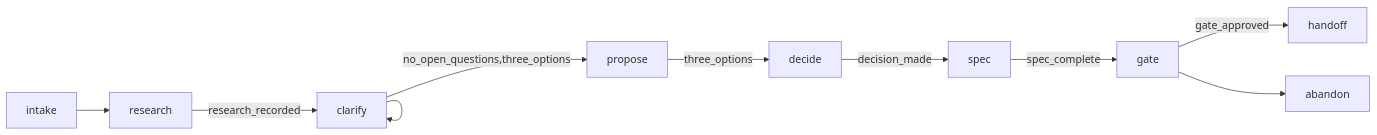
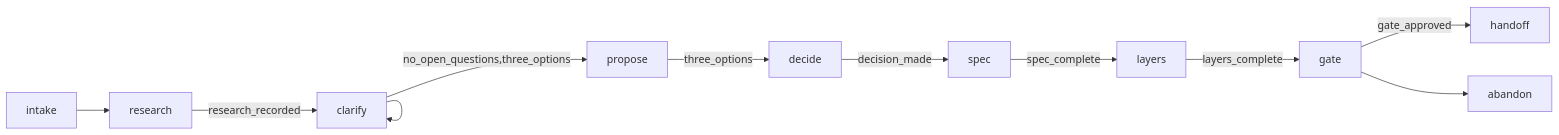
The diagram in skills/x-plan/SKILL.md (lleqsnoom/otter-skills), drawn with Mermaid before and after one commit. The commit also changed other lines of this file and 1 other file, not shown here.

Commit message:
feat(plan): gate the handoff on a complete layer roadmap

````diff
--- a/skills/x-plan/SKILL.md
+++ b/skills/x-plan/SKILL.md
@@ -25,12 +28,13 @@
 ```mermaid
 graph LR
   intake --> research
   research -->|research_recorded| clarify
   clarify --> clarify
   clarify -->|no_open_questions,three_options| propose
   propose -->|three_options| decide
   decide -->|decision_made| spec
-  spec -->|spec_complete| gate
+  spec -->|spec_complete| layers
+  layers -->|layers_complete| gate
   gate -->|gate_approved| handoff
   gate --> abandon
 ```
````
